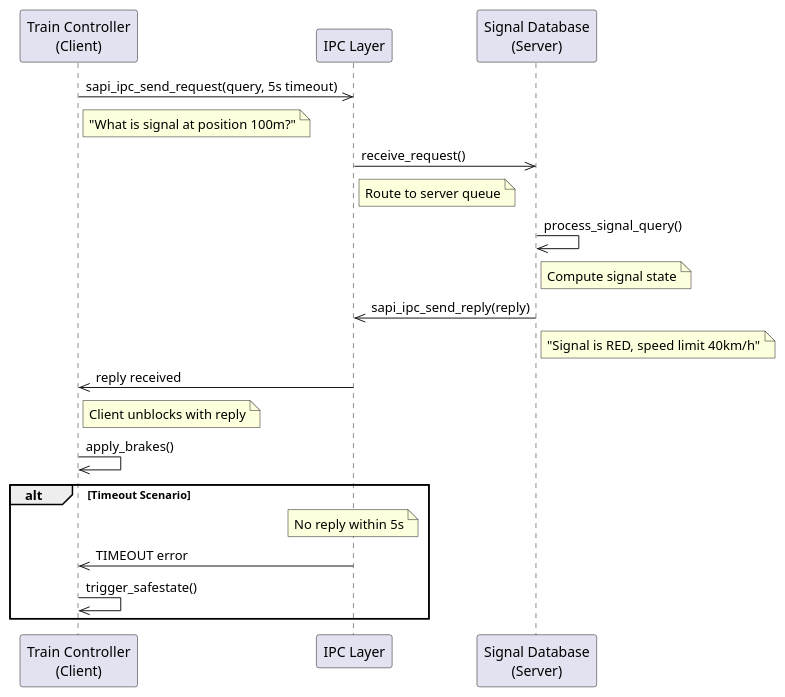
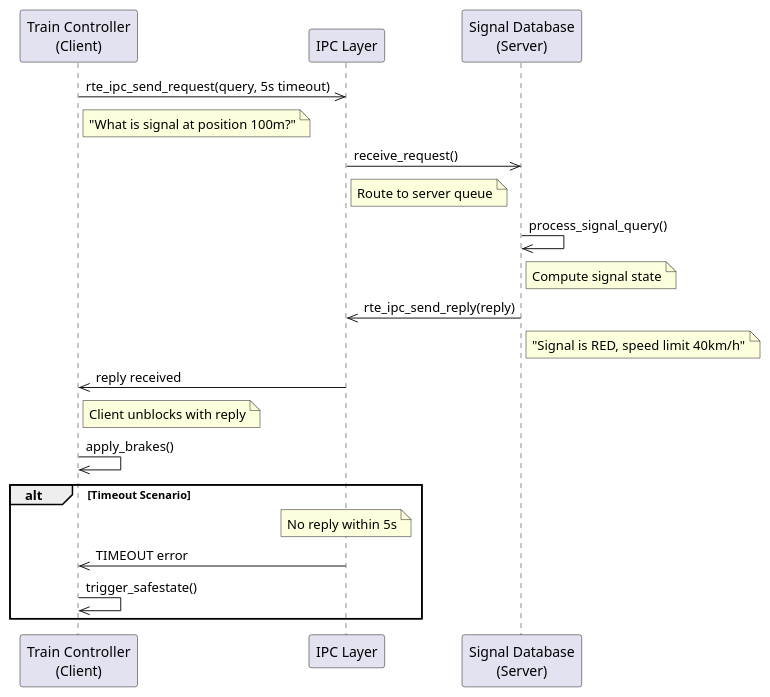
Before and after one commit to bula173/Platform_RTE: the second of 11 diagrams in docs/architecture/DIAGRAMS_GUIDE.md, drawn with PlantUML. The commit also changed other lines of this file and 415 other files, not shown here.

First line of the commit message:
refactor: rename sapi_/SAPI_ prefix to rte_/RTE_

````diff
--- a/docs/architecture/DIAGRAMS_GUIDE.md
+++ b/docs/architecture/DIAGRAMS_GUIDE.md
@@ -147,31 +147,31 @@
 ```plantuml
 @startuml sequence-ipc-rr
 participant "Train Controller\n(Client)" as client
 participant "IPC Layer" as ipc
 participant "Signal Database\n(Server)" as server
 
-client ->> ipc: sapi_ipc_send_request(query, 5s timeout)
+client ->> ipc: rte_ipc_send_request(query, 5s timeout)
 note right of client: "What is signal at position 100m?"
 
 ipc ->> server: receive_request()
 note right of ipc: Route to server queue
 
 server ->> server: process_signal_query()
 note right of server: Compute signal state
 
-server ->> ipc: sapi_ipc_send_reply(reply)
+server ->> ipc: rte_ipc_send_reply(reply)
 note right of server: "Signal is RED, speed limit 40km/h"
 
 ipc ->> client: reply received
 note right of client: Client unblocks with reply
 
 client ->> client: apply_brakes()
 
 alt Timeout Scenario
     note over ipc: No reply within 5s
     ipc ->> client: TIMEOUT error
     client ->> client: trigger_safestate()
 end
 
 @enduml
 ```
````
